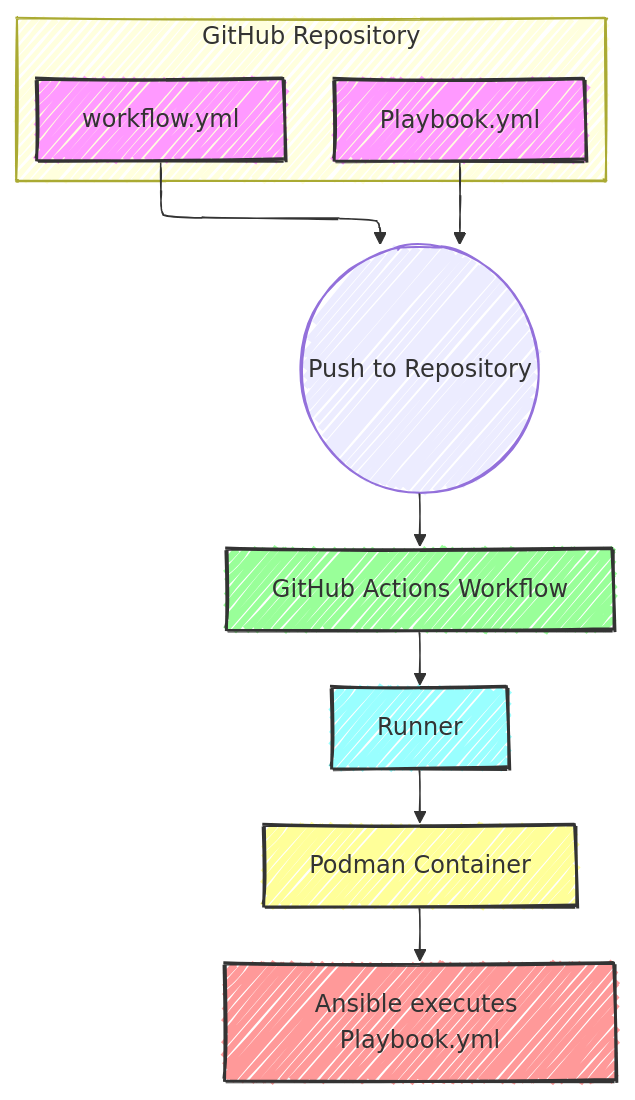
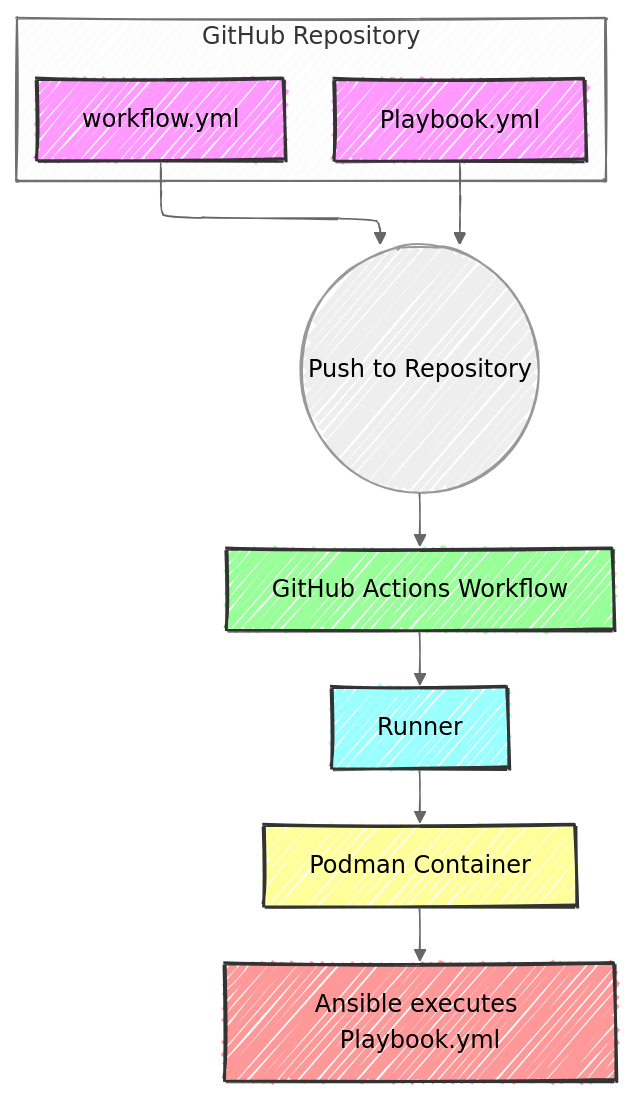
Before and after one commit to smartyjones/graphs: the first of 2 diagrams in README.md, drawn with Mermaid.

````diff
--- a/README.md
+++ b/README.md
@@ -3,25 +3,27 @@
 ```mermaid
 ---
 config:
   layout: elk
   look: handDrawn
+  theme: neutral
+
 ---
 graph TD
     subgraph GitHub Repository
         A[Playbook.yml]
         B[workflow.yml]
     end
 
     A & B --> C((Push to Repository))
     C --> D[GitHub Actions Workflow]
     D --> E[Runner]
     E --> F[Podman Container]
     F --> G[Ansible executes Playbook.yml]
 
     style A fill:#f9f,stroke:#333,stroke-width:2px
     style B fill:#f9f,stroke:#333,stroke-width:2px
     style D fill:#9f9,stroke:#333,stroke-width:2px
     style E fill:#9ff,stroke:#333,stroke-width:2px
     style F fill:#ff9,stroke:#333,stroke-width:2px
     style G fill:#f99,stroke:#333,stroke-width:2px
 ```
````
